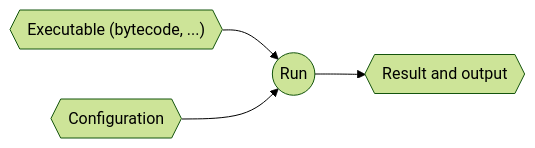
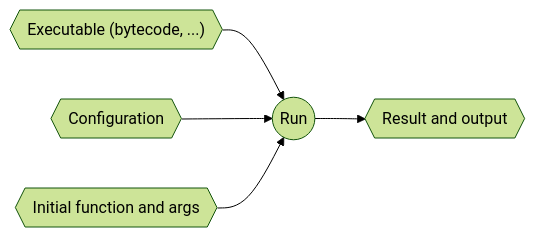
One commit to condense9/hark-lang changed the seventh of 8 diagrams in guide/src/vm/source-to-success.md. Above: the diagram before and after it, drawn with Mermaid (forest theme). The commit also changed other lines of this file, not shown here.

````diff
--- a/guide/src/vm/source-to-success.md
+++ b/guide/src/vm/source-to-success.md
@@ -408,7 +426,8 @@
 ```mermaid
 graph LR;
  exe{{"Executable (bytecode, ...)"}} --> Run
  config{{Configuration}} --> Run
+ fn{{Initial function and args}} --> Run
  
  Run((Run)) --> result{{Result and output}}
 ```
````
